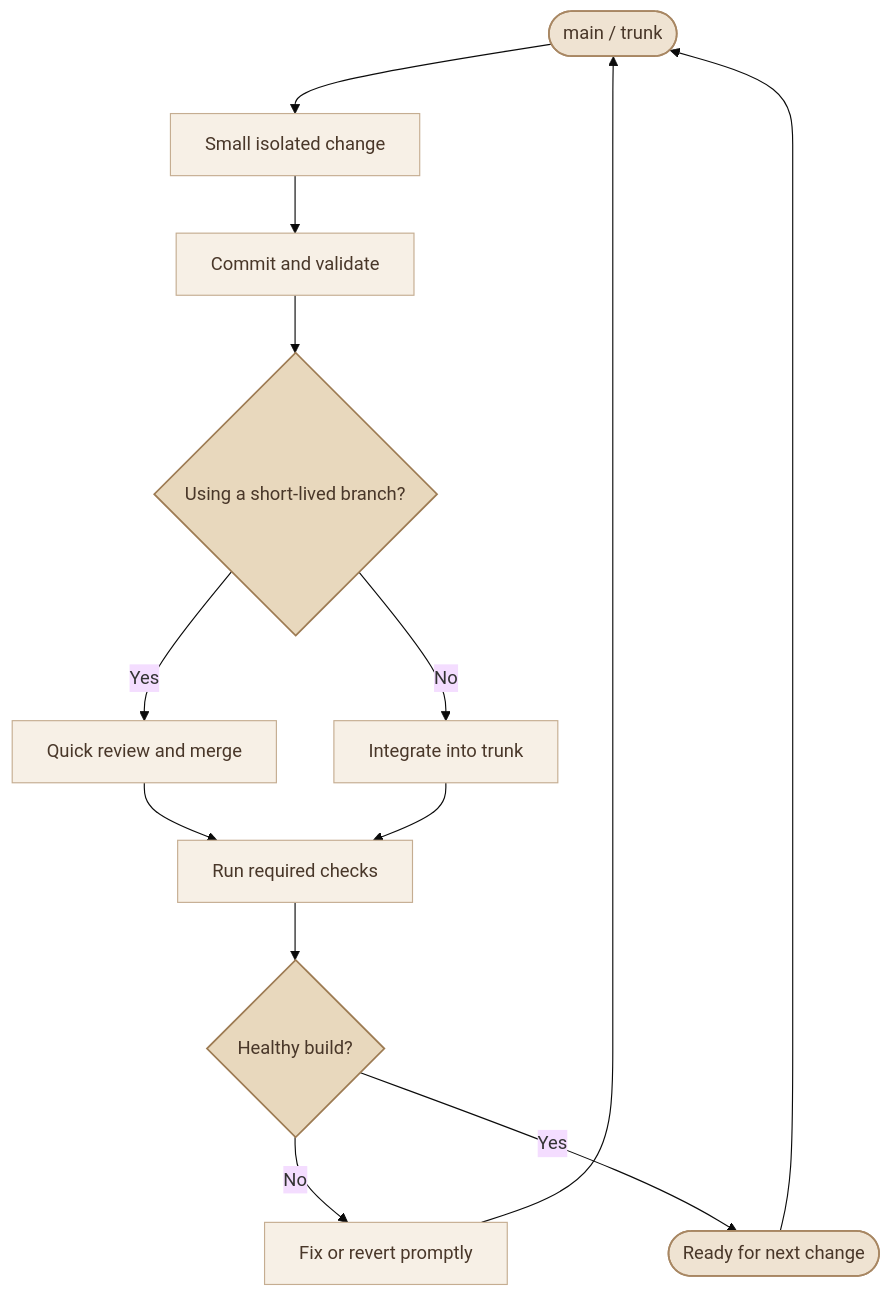
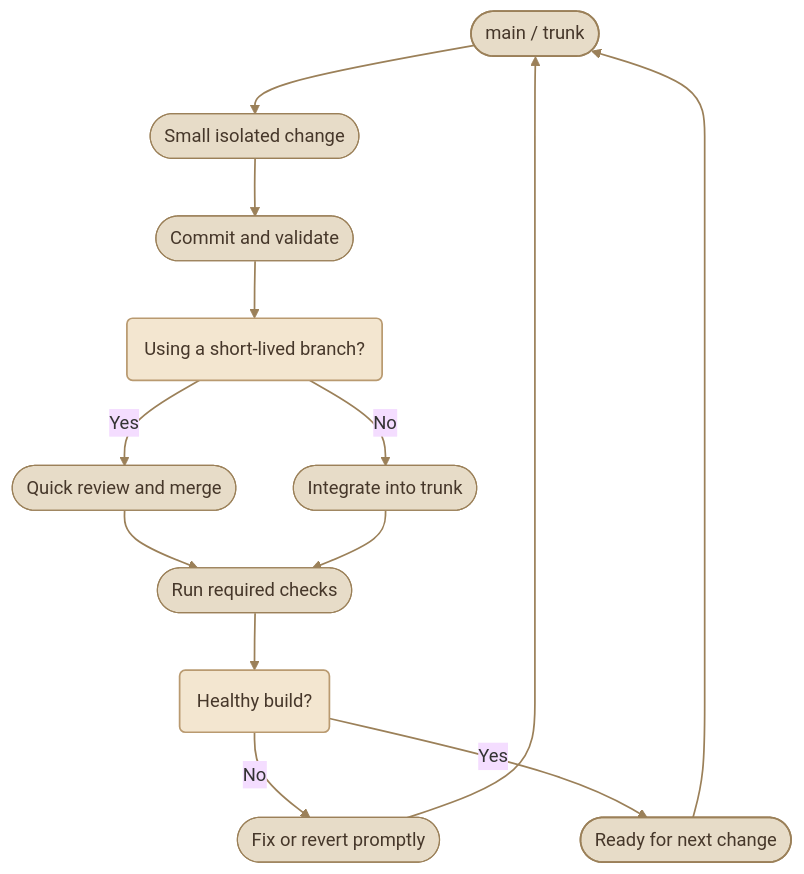
Before and after one commit to mustafammasoud/ops-handbook: the fourth of 4 diagrams in content/version-control/Git and GitHub/git-workflows.mdx, drawn with Mermaid (base theme). The commit also changed other lines of this file and 17 other files, not shown here.

````diff
--- a/content/version-control/Git and GitHub/git-workflows.mdx
+++ b/content/version-control/Git and GitHub/git-workflows.mdx
@@ -362,22 +386,24 @@
 ```mermaid
 flowchart TD
-    A(["main / trunk"]) --> B["Small isolated change"]
-    B --> C["Commit and validate"]
-    C --> D{"Using a short-lived branch?"}
-    D -->|Yes| E["Quick review and merge"]
-    D -->|No| F["Integrate into trunk"]
-    E --> G["Run required checks"]
+    A(["main / trunk"]) --> B(["Small isolated change"])
+    B --> C(["Commit and validate"])
+    C --> D("Using a short-lived branch?")
+    D -->|Yes| E(["Quick review and merge"])
+    D -->|No| F(["Integrate into trunk"])
+    E --> G(["Run required checks"])
     F --> G
-    G --> H{"Healthy build?"}
-    H -->|No| I["Fix or revert promptly"]
+    G --> H("Healthy build?")
+    H -->|No| I(["Fix or revert promptly"])
     I --> A
     H -->|Yes| J(["Ready for next change"])
     J --> A
 
-    classDef branch fill:#efe3d2,stroke:#a88763,color:#493729,stroke-width:1.5px
-    classDef action fill:#f7f0e6,stroke:#c5ad91,color:#493729,stroke-width:1px
-    classDef decision fill:#e8d8bd,stroke:#9d7b53,color:#493729,stroke-width:1.5px
+    classDef branch fill:#E7DCC8,stroke:#9B8059,color:#46372A,stroke-width:1.5px
+    classDef action fill:#E7DCC8,stroke:#9B8059,color:#46372A,stroke-width:1px
+    classDef decision fill:#F3E6D0,stroke:#B99A70,color:#46372A,stroke-width:1.5px
     class A,J branch
     class B,C,E,F,G,I action
     class D,H decision
+
+    linkStyle default stroke:#9B8059,stroke-width:1.5px
 ```
````
